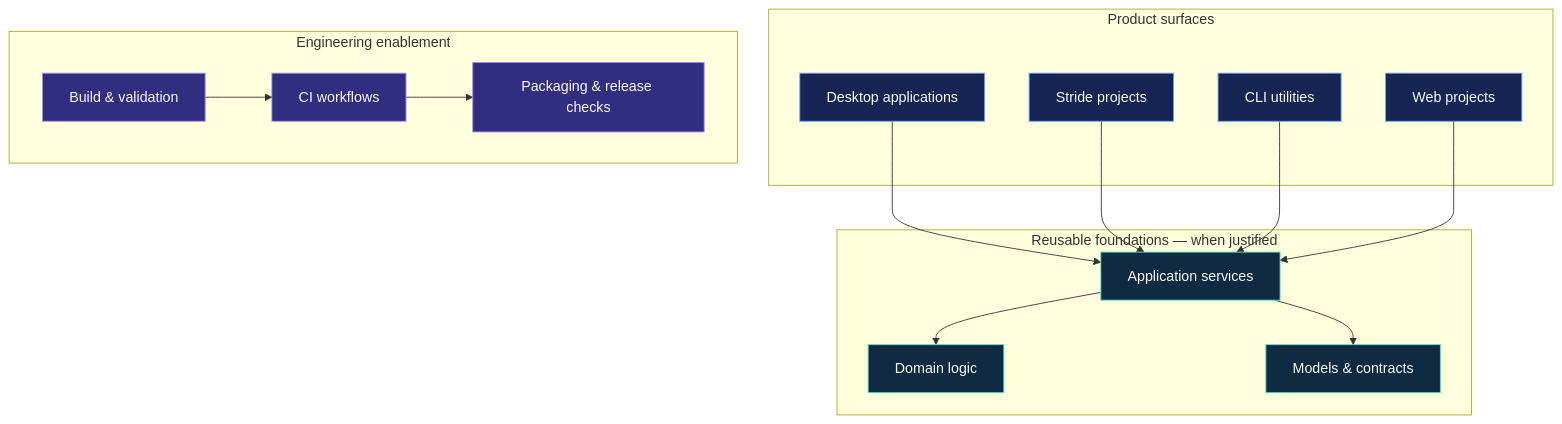
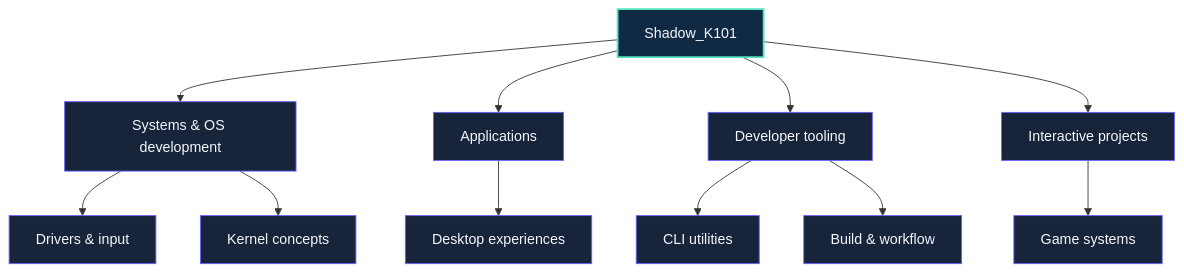
One commit to ShadowK101/ShadowK101 changed the first of 6 diagrams in README.md. Above: the diagram before and after it, drawn with Mermaid. The commit also changed other lines of this file, not shown here.

````diff
--- a/README.md
+++ b/README.md
@@ -273,37 +89,17 @@
-``` mermaid
-flowchart TB
-    subgraph Surfaces["Product surfaces"]
-        DESKTOP["Desktop applications"]
-        GAMES["Stride projects"]
-        CLI["CLI utilities"]
-        WEB["Web projects"]
-    end
-
-    subgraph Core["Reusable foundations — when justified"]
-        APP["Application services"]
-        DOMAIN["Domain logic"]
-        CONTRACTS["Models & contracts"]
-    end
-
-    subgraph Delivery["Engineering enablement"]
-        BUILD["Build & validation"]
-        CI["CI workflows"]
-        RELEASE["Packaging & release checks"]
-    end
-
-    DESKTOP --> APP
-    GAMES --> APP
-    CLI --> APP
-    WEB --> APP
-    APP --> DOMAIN
-    APP --> CONTRACTS
-    BUILD --> CI --> RELEASE
-
-    classDef surface fill:#172554,stroke:#60A5FA,color:#F8FAFC
-    classDef core fill:#102A43,stroke:#55E6C1,color:#F8FAFC
-    classDef delivery fill:#312E81,stroke:#A78BFA,color:#F8FAFC
-
-    class DESKTOP,GAMES,CLI,WEB surface
-    class APP,DOMAIN,CONTRACTS core
-    class BUILD,CI,RELEASE delivery
+```mermaid
+flowchart TD
+    Me["Shadow_K101"] --> Systems["Systems & OS development"]
+    Me --> Apps["Applications"]
+    Me --> Tools["Developer tooling"]
+    Me --> Interactive["Interactive projects"]
+    Systems --> Drivers["Drivers & input"]
+    Systems --> Kernel["Kernel concepts"]
+    Apps --> Desktop["Desktop experiences"]
+    Tools --> CLI["CLI utilities"]
+    Tools --> Workflow["Build & workflow"]
+    Interactive --> Games["Game systems"]
+    classDef root fill:#102A43,stroke:#55E6C1,color:#F5F7FF,stroke-width:2px;
+    classDef area fill:#17243A,stroke:#6C63FF,color:#F5F7FF;
+    class Me root;
+    class Systems,Apps,Tools,Interactive,Drivers,Kernel,Desktop,CLI,Workflow,Games area;
 ```
````
